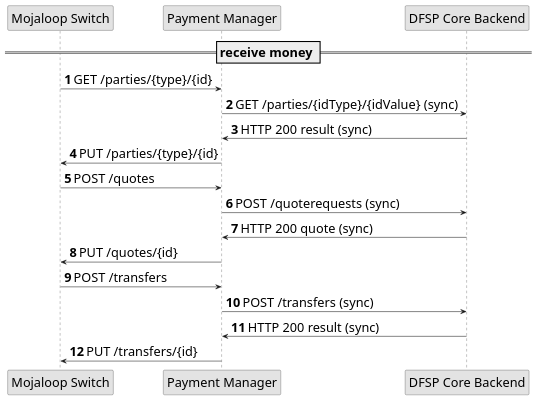
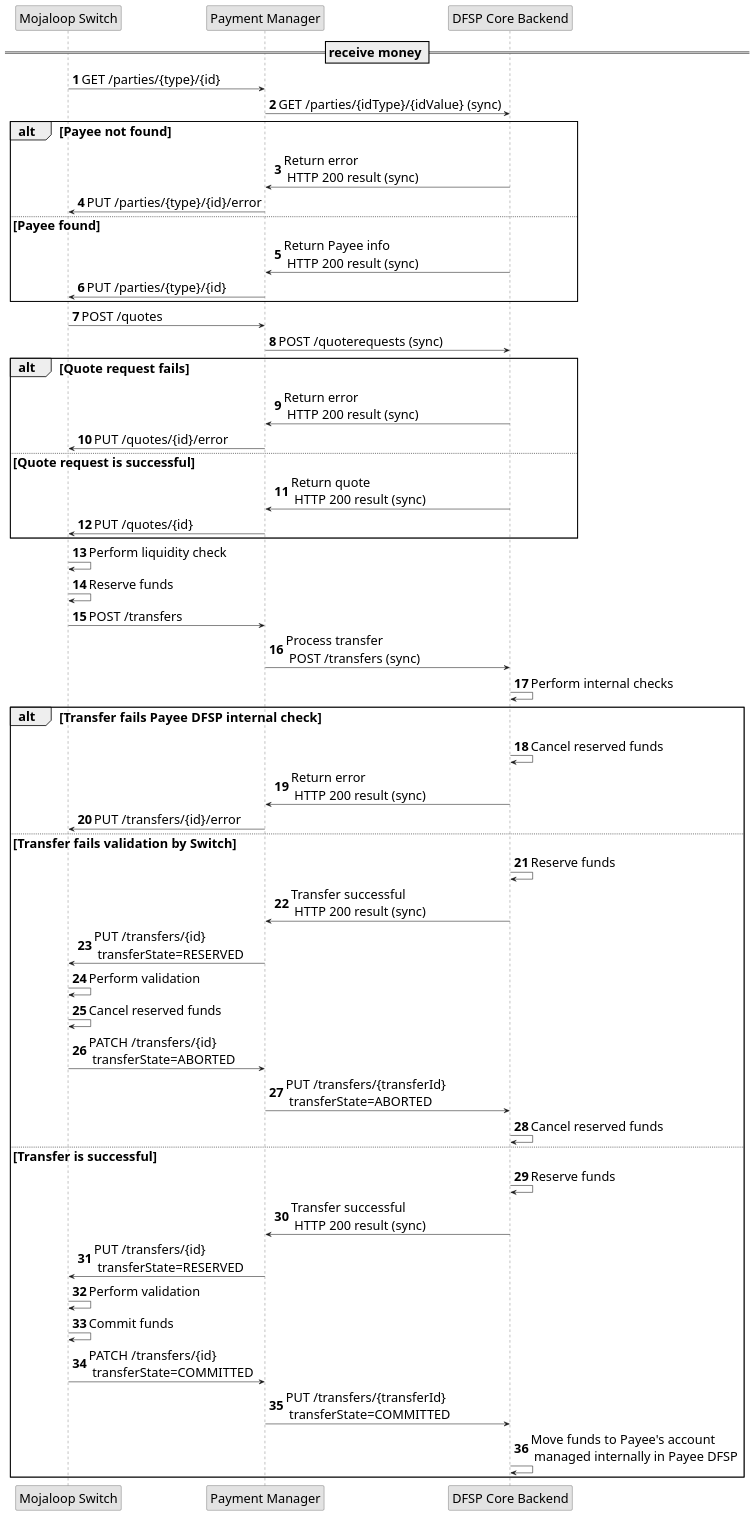
Before and after one commit to pm4ml/documents: the diagram in modules/api_integration/images/PM4ML_transfer_flow_payee.plantuml, drawn with PlantUML. The commit also changed 10 other files, not shown here.

```diff
--- a/modules/api_integration/images/PM4ML_transfer_flow_payee.plantuml
+++ b/modules/api_integration/images/PM4ML_transfer_flow_payee.plantuml
@@ -1,32 +1,66 @@
 @startuml
 autonumber
 skinparam activityFontSize 4
 skinparam activityDiamondFontSize 30
 skinparam activityArrowFontSize 24
 skinparam defaultFontSize 24
 skinparam noteFontSize 24
 skinparam monochrome true
 
 participant "Mojaloop Switch" as sw
 
 participant "Payment Manager" as sib
   
 participant "DFSP Core Backend" as backend
 
 
 == receive money ==
 
     sw -> sib: GET /parties/{type}/{id}
     sib -> backend: GET /parties/{idType}/{idValue} (sync)
-    backend -> sib: HTTP 200 result (sync)
+    alt Payee not found
+    backend -> sib: Return error \n HTTP 200 result (sync)
+    sib -> sw: PUT /parties/{type}/{id}/error
+    else Payee found
+    backend -> sib: Return Payee info \n HTTP 200 result (sync)
     sib -> sw: PUT /parties/{type}/{id}
+    end
     sw -> sib: POST /quotes
     sib -> backend: POST /quoterequests (sync)
-    backend -> sib: HTTP 200 quote (sync)
+    alt Quote request fails
+    backend -> sib: Return error \n HTTP 200 result (sync)
+    sib -> sw: PUT /quotes/{id}/error
+    else Quote request is successful
+    backend -> sib: Return quote \n HTTP 200 result (sync)
     sib -> sw: PUT /quotes/{id}
+    end
+    sw -> sw: Perform liquidity check
+    sw -> sw: Reserve funds
     sw -> sib: POST /transfers
-    sib -> backend: POST /transfers (sync)
-    backend -> sib: HTTP 200 result (sync)
-    sib -> sw: PUT /transfers/{id}
+    sib -> backend: Process transfer \n POST /transfers (sync)
+    backend -> backend: Perform internal checks
+    alt Transfer fails Payee DFSP internal check
+    backend -> backend: Cancel reserved funds
+    backend -> sib: Return error \n HTTP 200 result (sync)
+    sib -> sw: PUT /transfers/{id}/error
+    else Transfer fails validation by Switch
+    backend -> backend: Reserve funds
+    backend -> sib: Transfer successful \n HTTP 200 result (sync)
+    sib -> sw: PUT /transfers/{id} \n transferState=RESERVED
+    sw -> sw: Perform validation
+    sw -> sw: Cancel reserved funds
+    sw -> sib: PATCH /transfers/{id} \n transferState=ABORTED
+    sib -> backend: PUT /transfers/{transferId} \n transferState=ABORTED
+    backend -> backend: Cancel reserved funds
+    else Transfer is successful
+    backend -> backend: Reserve funds
+    backend -> sib: Transfer successful \n HTTP 200 result (sync)
+    sib -> sw: PUT /transfers/{id} \n transferState=RESERVED
+    sw -> sw: Perform validation
+    sw -> sw: Commit funds
+    sw -> sib: PATCH /transfers/{id} \n transferState=COMMITTED
+    sib -> backend: PUT /transfers/{transferId} \n transferState=COMMITTED
+    backend -> backend: Move funds to Payee's account \n managed internally in Payee DFSP
+    end
 
 @enduml
```
